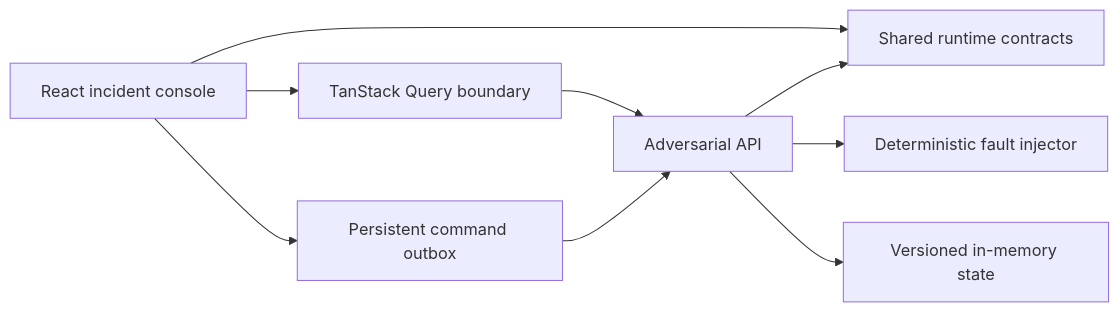
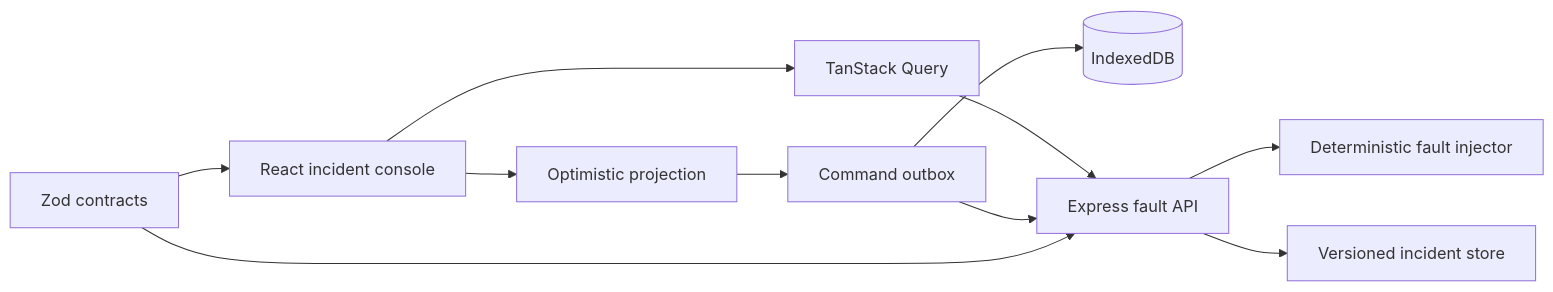
One commit to wasiliy-strecker/react-resilience-lab changed the diagram in README.md. Above: the diagram before and after it, drawn with Mermaid. The commit also changed other lines of this file and 7 other files, not shown here.

````diff
--- a/README.md
+++ b/README.md
@@ -66,11 +70,13 @@
 ```mermaid
 flowchart LR
-    Browser[React incident console] --> Contracts[Shared runtime contracts]
-    Browser --> Query[TanStack Query boundary]
-    Query --> API[Adversarial API]
-    Browser --> Outbox[Persistent command outbox]
+    UI[React incident console] --> Query[TanStack Query]
+    UI --> Projection[Optimistic projection]
+    Projection --> Outbox[Command outbox]
+    Outbox --> IDB[(IndexedDB)]
+    Query --> API[Express fault API]
     Outbox --> API
-    API --> Contracts
     API --> Faults[Deterministic fault injector]
-    API --> State[Versioned in-memory state]
+    API --> State[Versioned incident store]
+    Contracts[Zod contracts] --> UI
+    Contracts --> API
 ```
````
